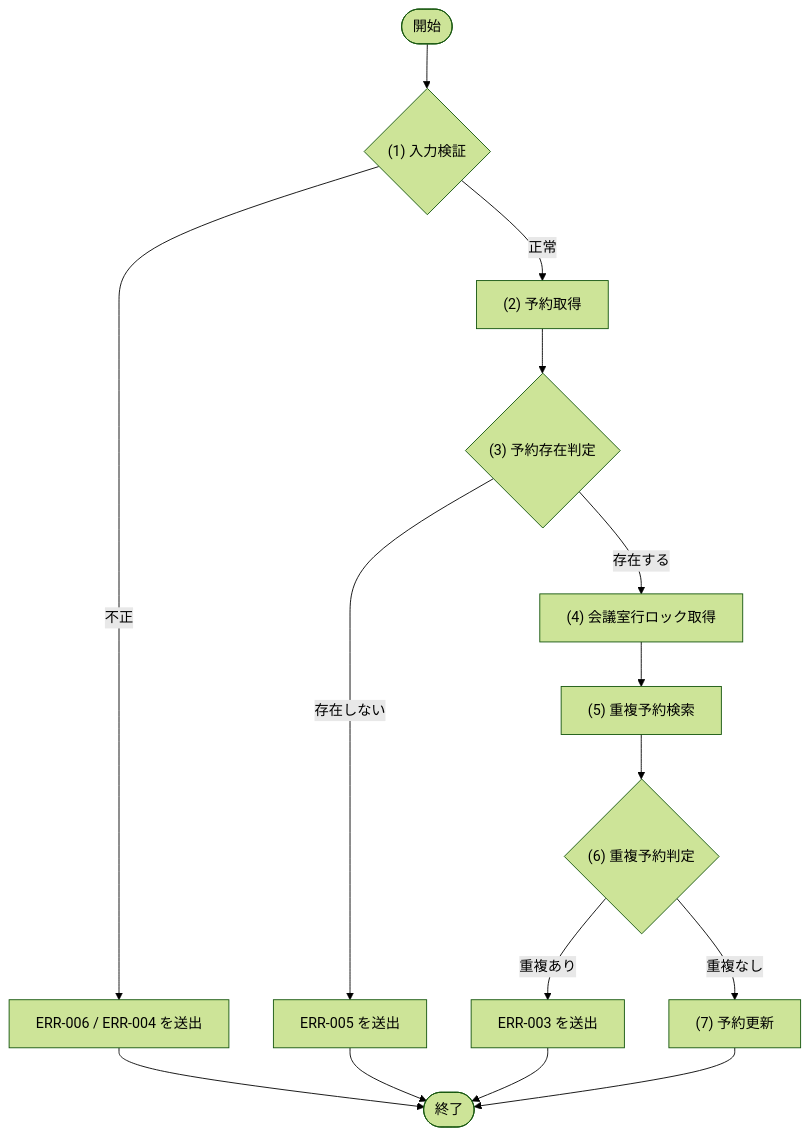
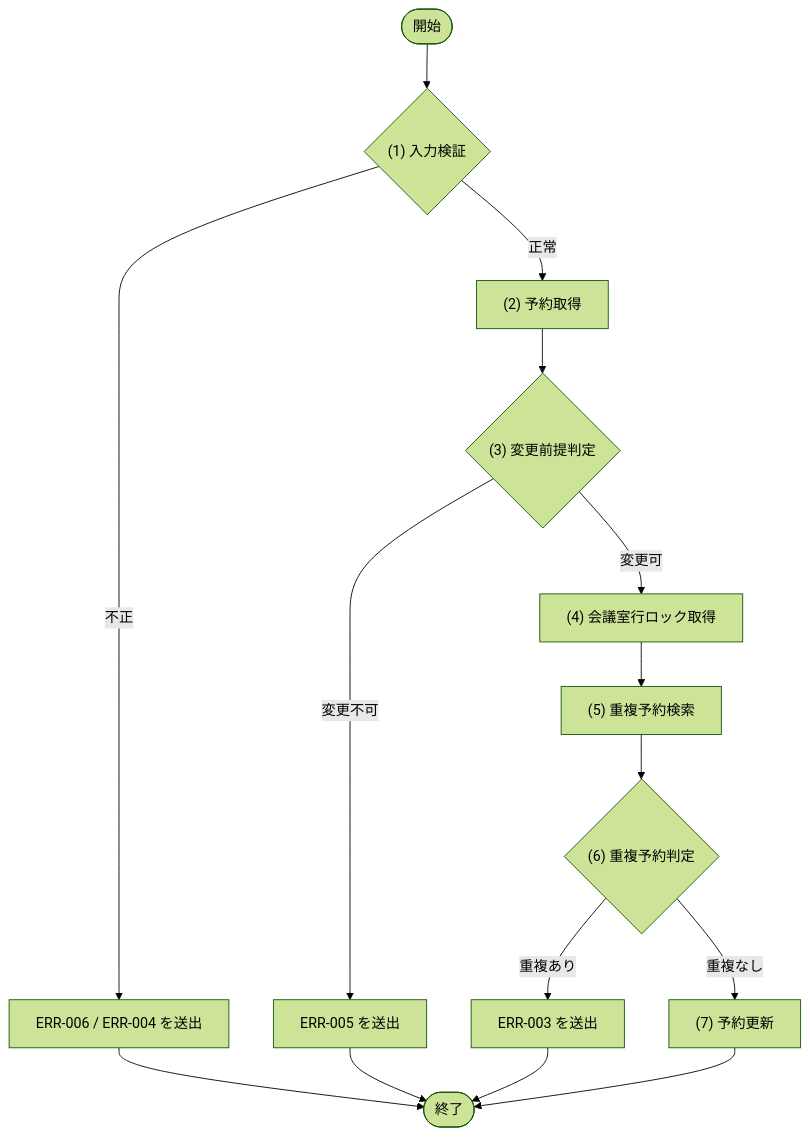
One commit to sikakou54/system-document-template changed the second of 3 diagrams in docs/02_機能設計/05_モジュール設計/MOD-003_予約サービス.md. Above: the diagram before and after it, drawn with Mermaid (forest theme). The commit also changed other lines of this file and 52 other files, not shown here.

````diff
--- a/docs/02_機能設計/05_モジュール設計/MOD-003_予約サービス.md
+++ b/docs/02_機能設計/05_モジュール設計/MOD-003_予約サービス.md
@@ -54,23 +55,23 @@
 ```mermaid
 flowchart TD
   Start([開始])
   D1{"(1) 入力検証"}
   P1["(2) 予約取得"]
-  D2{"(3) 予約存在判定"}
+  D2{"(3) 変更前提判定"}
   P2["(4) 会議室行ロック取得"]
   P3["(5) 重複予約検索"]
   D3{"(6) 重複予約判定"}
   P4["(7) 予約更新"]
   E1["ERR-006 / ERR-004 を送出"]
   E2["ERR-005 を送出"]
   E3["ERR-003 を送出"]
   End([終了])
 
   Start --> D1
   D1 -- "不正" --> E1 --> End
   D1 -- "正常" --> P1 --> D2
-  D2 -- "存在しない" --> E2 --> End
-  D2 -- "存在する" --> P2 --> P3 --> D3
+  D2 -- "変更不可" --> E2 --> End
+  D2 -- "変更可" --> P2 --> P3 --> D3
   D3 -- "重複あり" --> E3 --> End
   D3 -- "重複なし" --> P4 --> End
 ```
````
